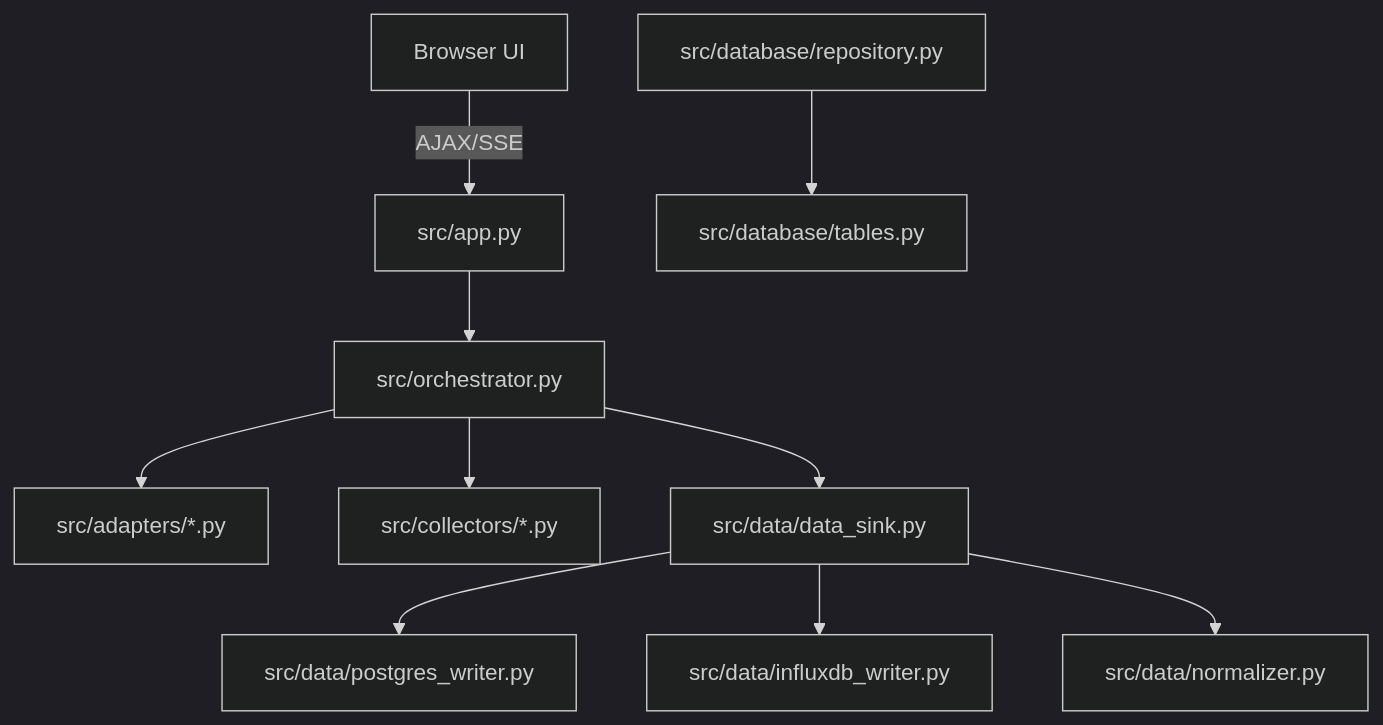
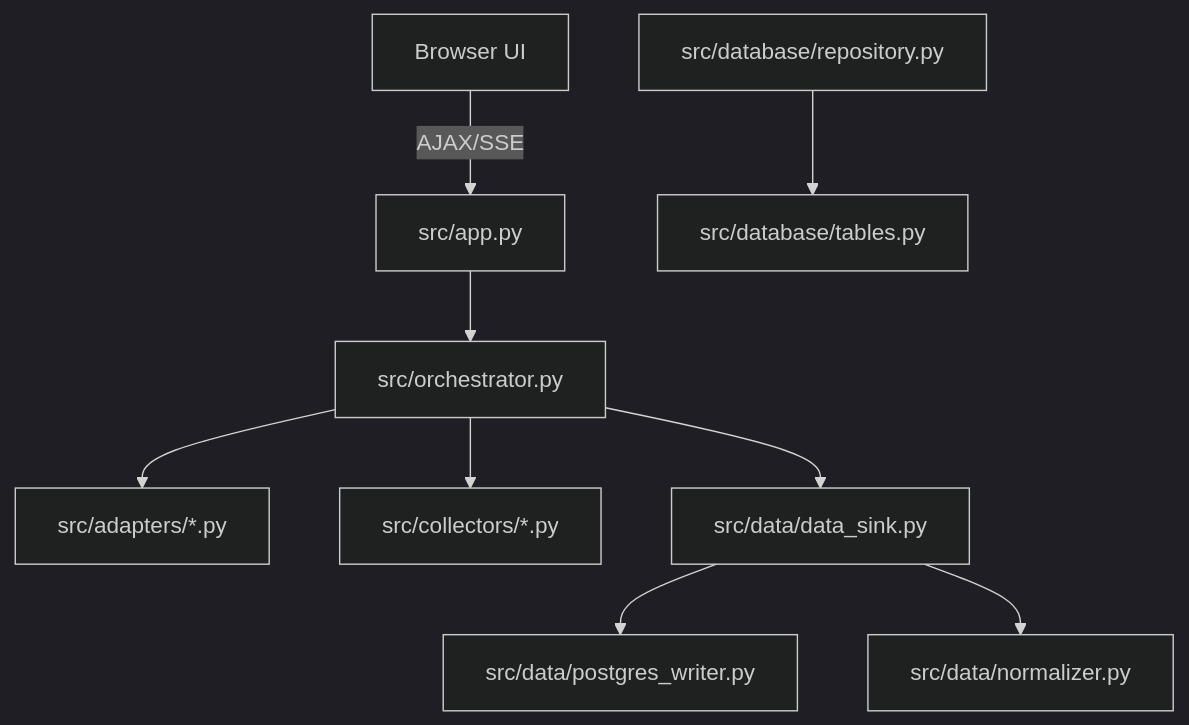
The first of 3 diagrams in CODE_STRUCTURE.md (MrPhuocTan/aidaptive-benchmark), drawn with Mermaid (dark theme) before and after one commit. The commit also changed other lines of this file and 8 other files, not shown here.

````diff
--- a/CODE_STRUCTURE.md
+++ b/CODE_STRUCTURE.md
@@ -80,14 +80,14 @@
 ```mermaid
 graph TD
     UI[Browser UI] -- AJAX/SSE --> APP[src/app.py]
     APP --> ORCH[src/orchestrator.py]
     ORCH --> ADAPT[src/adapters/*.py]
     ORCH --> COLL[src/collectors/*.py]
     ORCH --> SINK[src/data/data_sink.py]
     
     SINK --> PG_W[src/data/postgres_writer.py]
-    SINK --> INF_W[src/data/influxdb_writer.py]
+
     SINK --> NORM[src/data/normalizer.py]
     
     REPO[src/database/repository.py] --> TABLES[src/database/tables.py]
 ```
````
